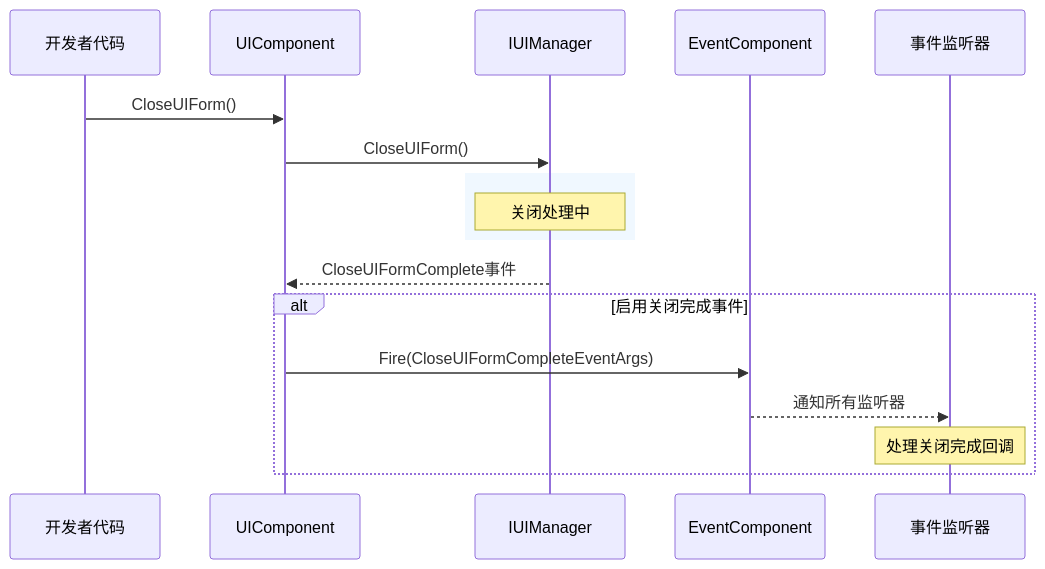
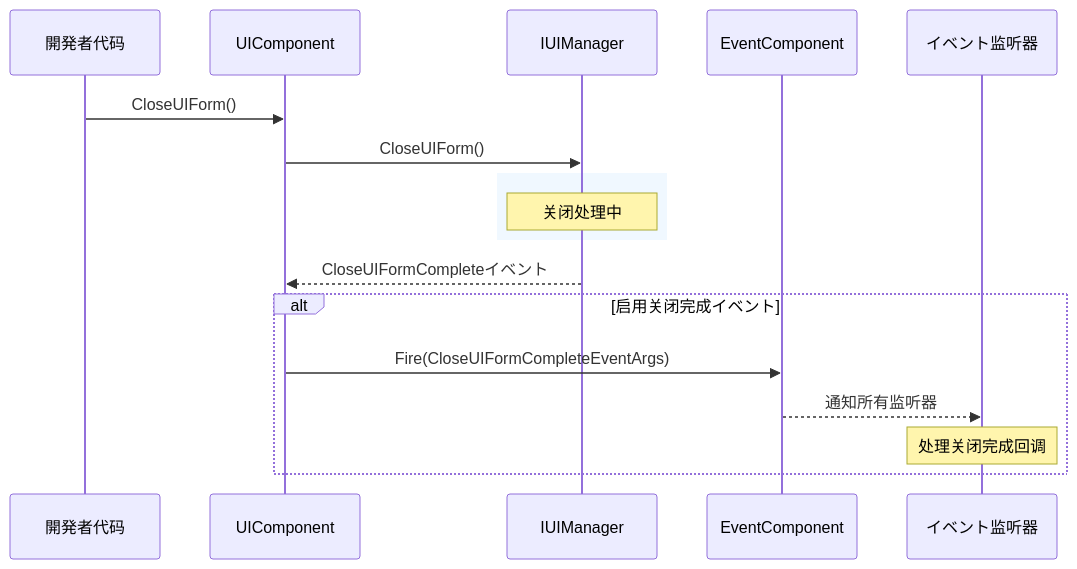
One commit to AlianBlank/GameFrameX.Docs changed the third of 3 diagrams in docs/ja/client/unity/component/ui/08.event-system.md. Above: the diagram before and after it, drawn with Mermaid. The commit also changed other lines of this file and 603 other files, not shown here.

````diff
--- a/docs/ja/client/unity/component/ui/08.event-system.md
+++ b/docs/ja/client/unity/component/ui/08.event-system.md
@@ -468,22 +468,22 @@
 ```mermaid
 sequenceDiagram
-    participant User as 开发者代码
+    participant User as 開発者代码
     participant UIComp as UIComponent
     participant UIMgr as IUIManager
     participant EventComp as EventComponent
-    participant Listener as 事件监听器
+    participant Listener as イベント监听器
     
     User->>UIComp: CloseUIForm()
     UIComp->>UIMgr: CloseUIForm()
     
     rect rgb(240, 248, 255)
         Note over UIMgr: 关闭处理中
     end
     
-    UIMgr-->>UIComp: CloseUIFormComplete事件
-    alt 启用关闭完成事件
+    UIMgr-->>UIComp: CloseUIFormCompleteイベント
+    alt 启用关闭完成イベント
         UIComp->>EventComp: Fire(CloseUIFormCompleteEventArgs)
         EventComp-->>Listener: 通知所有监听器
         Note over Listener: 处理关闭完成回调
     end
 ```
````
